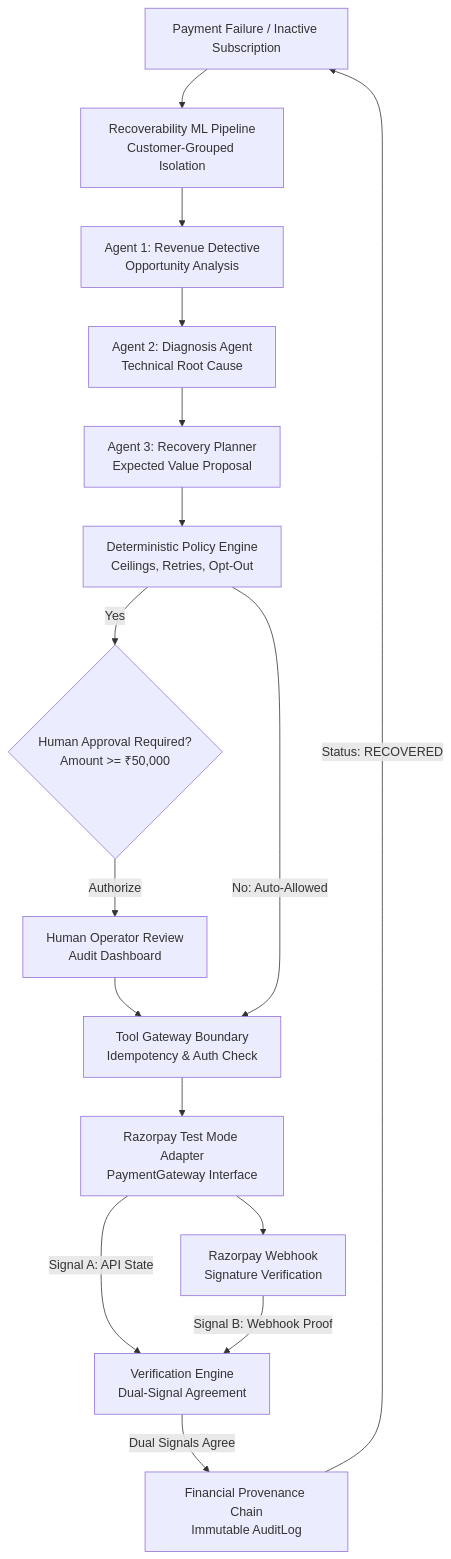
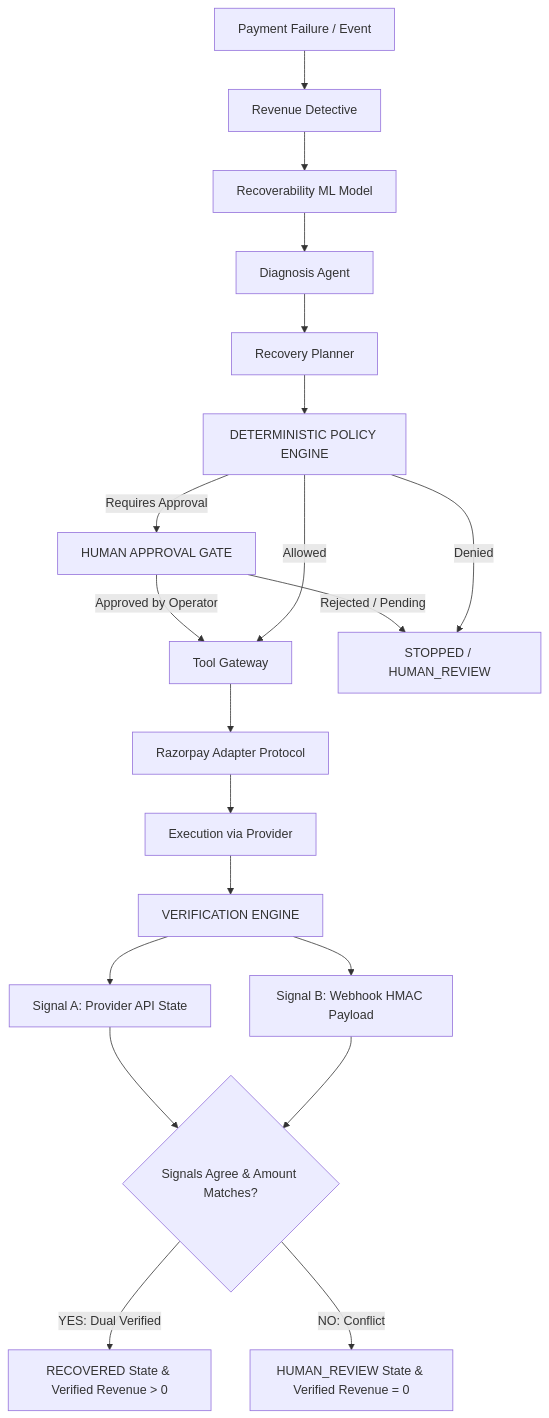
The diagram in docs/architecture.md (Deekshith-j/RAY), drawn with Mermaid before and after one commit. The commit also changed other lines of this file and 9 other files, not shown here.

Commit message:
docs(phase6): add Phase 6 baseline, benchmark, architecture, and demo runner

````diff
--- a/docs/architecture.md
+++ b/docs/architecture.md
@@ -10,39 +15,26 @@
 ```mermaid
 flowchart TD
-    CASE[Payment Failure / Inactive Subscription]
-
-    ML[Recoverability ML Pipeline<br/>Customer-Grouped Isolation]
-    DET[Agent 1: Revenue Detective<br/>Opportunity Analysis]
-    DIAG[Agent 2: Diagnosis Agent<br/>Technical Root Cause]
-    PLAN[Agent 3: Recovery Planner<br/>Expected Value Proposal]
-
-    POLICY[Deterministic Policy Engine<br/>Ceilings, Retries, Opt-Out]
-    APPROVAL{Human Approval Required?<br/>Amount >= ₹50,000}
-    HUMAN[Human Operator Review<br/>Audit Dashboard]
-
-    GATEWAY[Tool Gateway Boundary<br/>Idempotency & Auth Check]
-    RAZORPAY[Razorpay Test Mode Adapter<br/>PaymentGateway Interface]
-
-    WEBHOOK[Razorpay Webhook<br/>Signature Verification]
-    VERIFY[Verification Engine<br/>Dual-Signal Agreement]
-    AUDIT[Financial Provenance Chain<br/>Immutable AuditLog]
-
-    CASE --> ML
-    ML --> DET
-    DET --> DIAG
-    DIAG --> PLAN
-    PLAN --> POLICY
-
-    POLICY -->|Yes| APPROVAL
-    APPROVAL -->|Authorize| HUMAN
-    HUMAN --> GATEWAY
-    POLICY -->|No: Auto-Allowed| GATEWAY
-
-    GATEWAY --> RAZORPAY
-    RAZORPAY --> WEBHOOK
-    RAZORPAY -->|Signal A: API State| VERIFY
-    WEBHOOK -->|Signal B: Webhook Proof| VERIFY
-
-    VERIFY -->|Dual Signals Agree| AUDIT
-    AUDIT -->|Status: RECOVERED| CASE
+    A[Payment Failure / Event] --> B[Revenue Detective]
+    B --> C[Recoverability ML Model]
+    C --> D[Diagnosis Agent]
+    D --> E[Recovery Planner]
+    E --> F[DETERMINISTIC POLICY ENGINE]
+    
+    F -->|Requires Approval| G[HUMAN APPROVAL GATE]
+    G -->|Approved by Operator| H[Tool Gateway]
+    G -->|Rejected / Pending| I[STOPPED / HUMAN_REVIEW]
+    
+    F -->|Allowed| H[Tool Gateway]
+    F -->|Denied| I
+    
+    H --> J[Razorpay Adapter Protocol]
+    J --> K[Execution via Provider]
+    K --> L[VERIFICATION ENGINE]
+    
+    L --> M[Signal A: Provider API State]
+    L --> N[Signal B: Webhook HMAC Payload]
+    
+    M & N --> O{Signals Agree & Amount Matches?}
+    O -->|YES: Dual Verified| P[RECOVERED State & Verified Revenue > 0]
+    O -->|NO: Conflict| Q[HUMAN_REVIEW State & Verified Revenue = 0]
 ```
````
